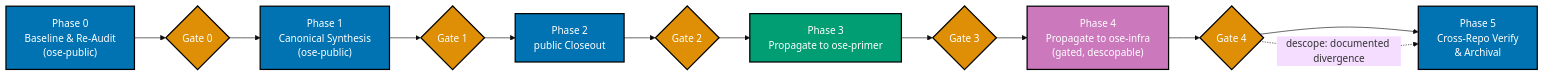
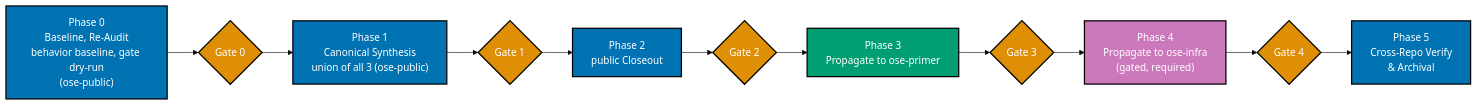
Before and after one commit to wahidyankf/baseerah: the second of 3 diagrams in plans/in-progress/unify-rhino-cli-sdlc-parity/tech-docs.md, drawn with Mermaid (base theme). The commit also changed other lines of this file and 4 other files, not shown here.

````diff
--- a/plans/in-progress/unify-rhino-cli-sdlc-parity/tech-docs.md
+++ b/plans/in-progress/unify-rhino-cli-sdlc-parity/tech-docs.md
@@ -192,23 +261,22 @@
 ```mermaid
 %% Color Palette: Blue #0173B2, Orange #DE8F05, Teal #029E73, Purple #CC78BC — color-blind friendly, WCAG AA
 flowchart LR
-    P0["Phase 0<br/>Baseline & Re-Audit<br/>(ose-public)"]:::blue
+    P0["Phase 0<br/>Baseline, Re-Audit<br/>behavior baseline, gate dry-run<br/>(ose-public)"]:::blue
     G0{"Gate 0"}:::orange
-    P1["Phase 1<br/>Canonical Synthesis<br/>(ose-public)"]:::blue
+    P1["Phase 1<br/>Canonical Synthesis<br/>union of all 3 (ose-public)"]:::blue
     G1{"Gate 1"}:::orange
     P2["Phase 2<br/>public Closeout"]:::blue
     G2{"Gate 2"}:::orange
     P3["Phase 3<br/>Propagate to ose-primer"]:::teal
     G3{"Gate 3"}:::orange
-    P4["Phase 4<br/>Propagate to ose-infra<br/>(gated, descopable)"]:::purple
+    P4["Phase 4<br/>Propagate to ose-infra<br/>(gated, required)"]:::purple
     G4{"Gate 4"}:::orange
     P5["Phase 5<br/>Cross-Repo Verify<br/>& Archival"]:::blue
 
     P0 --> G0 --> P1 --> G1 --> P2 --> G2 --> P3 --> G3 --> P4 --> G4 --> P5
-    G4 -.->|descope: documented divergence| P5
 
     classDef blue fill:#0173B2,stroke:#000000,color:#FFFFFF,stroke-width:2px
     classDef teal fill:#029E73,stroke:#000000,color:#FFFFFF,stroke-width:2px
     classDef orange fill:#DE8F05,stroke:#000000,color:#FFFFFF,stroke-width:2px
     classDef purple fill:#CC78BC,stroke:#000000,color:#FFFFFF,stroke-width:2px
 ```
````
